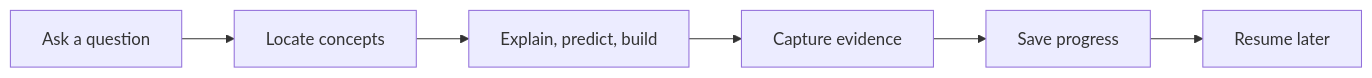
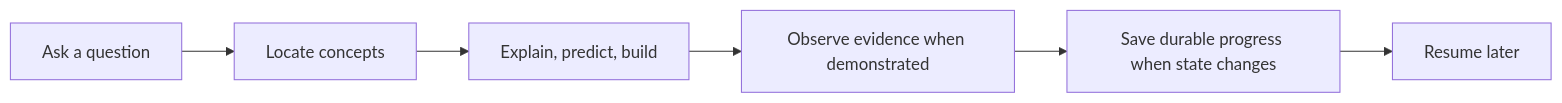
One commit to SShending/learning-coach changed the diagram in README.md. Above: the diagram before and after it, drawn with Mermaid. The commit also changed other lines of this file and 2 other files, not shown here.

````diff
--- a/README.md
+++ b/README.md
@@ -29,8 +29,8 @@
 ```mermaid
 flowchart LR
     Q["Ask a question"] --> M["Locate concepts"]
     M --> A["Explain, predict, build"]
-    A --> E["Capture evidence"]
-    E --> S["Save progress"]
+    A --> E["Observe evidence when demonstrated"]
+    E --> S["Save durable progress when state changes"]
     S --> R["Resume later"]
 ```
````
